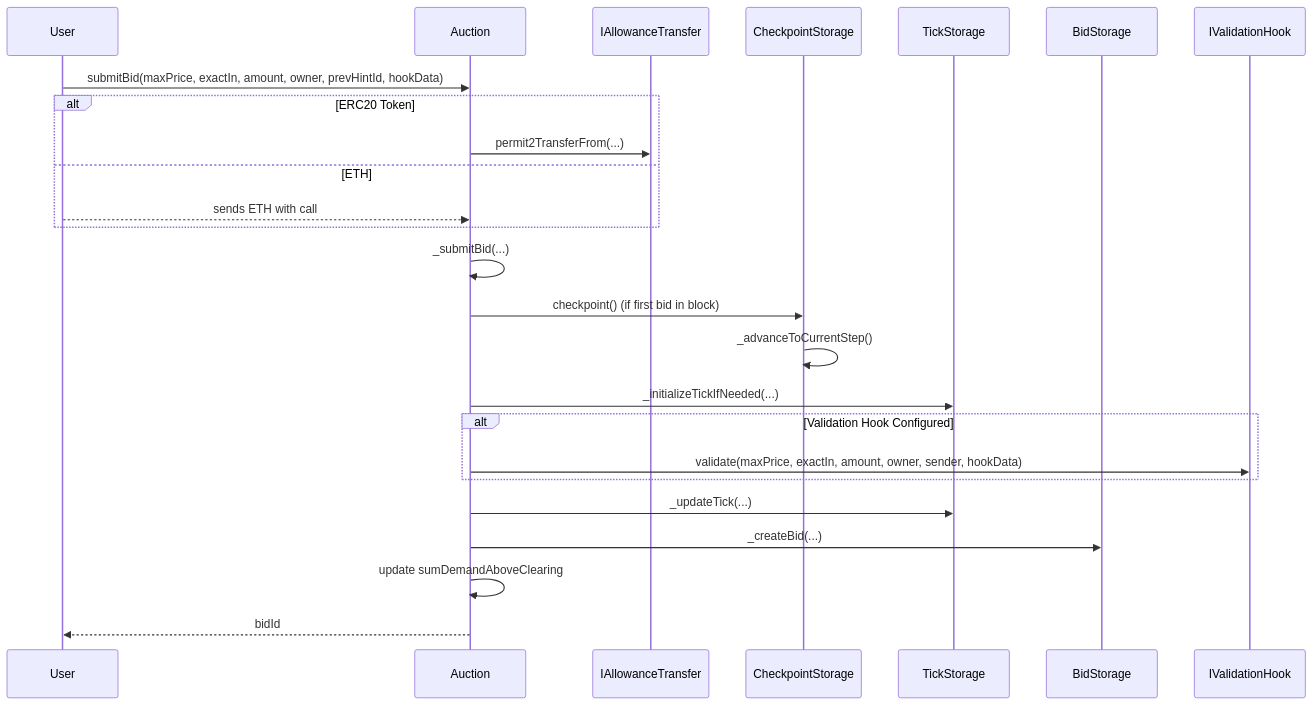
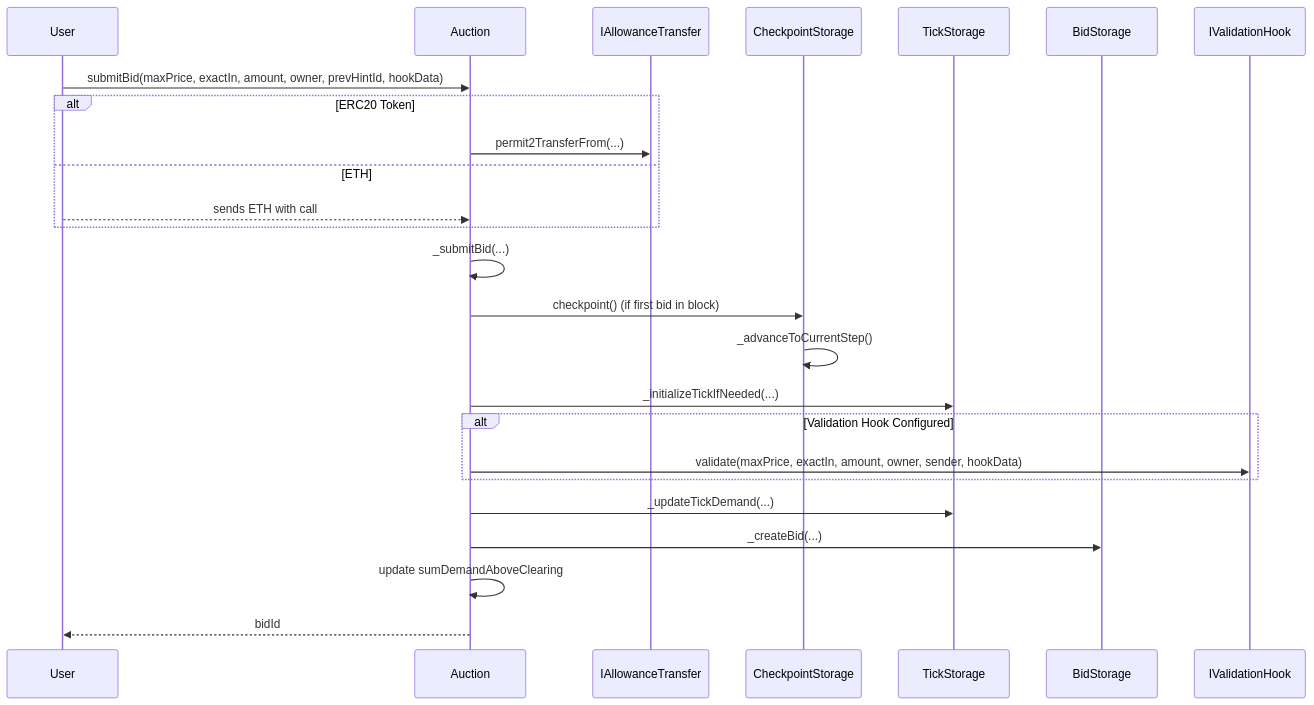
One commit to Uniswap/continuous-clearing-auction changed the fourth of 6 diagrams in README.md. Above: the diagram before and after it, drawn with Mermaid. The commit also changed other lines of this file and 14 other files, not shown here.

````diff
--- a/README.md
+++ b/README.md
@@ -411,28 +411,28 @@
 ```mermaid
 sequenceDiagram
     participant User
     participant Auction
     participant IAllowanceTransfer
     participant CheckpointStorage
     participant TickStorage
     participant BidStorage
     participant IValidationHook
 
     User->>Auction: submitBid(maxPrice, exactIn, amount, owner, prevHintId, hookData)
     alt ERC20 Token
         Auction->>IAllowanceTransfer: permit2TransferFrom(...)
     else ETH
         User-->>Auction: sends ETH with call
     end
     Auction->>Auction: _submitBid(...)
     Auction->>CheckpointStorage: checkpoint() (if first bid in block)
     CheckpointStorage->>CheckpointStorage: _advanceToCurrentStep()
     Auction->>TickStorage: _initializeTickIfNeeded(...)
     alt Validation Hook Configured
         Auction->>IValidationHook: validate(maxPrice, exactIn, amount, owner, sender, hookData)
     end
-    Auction->>TickStorage: _updateTick(...)
+    Auction->>TickStorage: _updateTickDemand(...)
     Auction->>BidStorage: _createBid(...)
     Auction->>Auction: update sumDemandAboveClearing
     Auction-->>User: bidId
 ```
````
